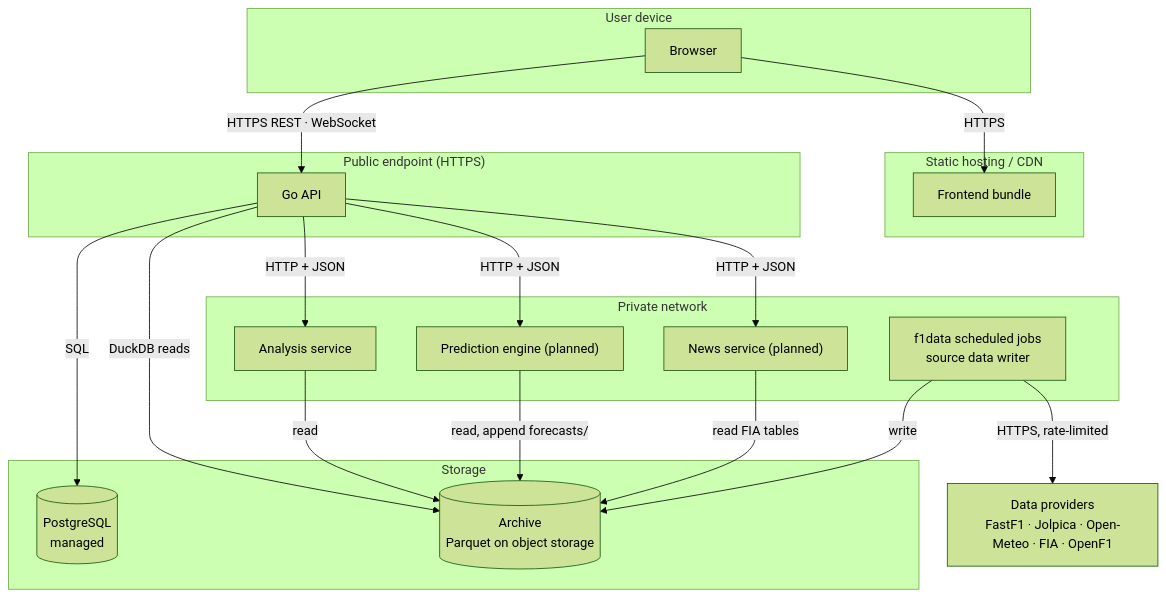
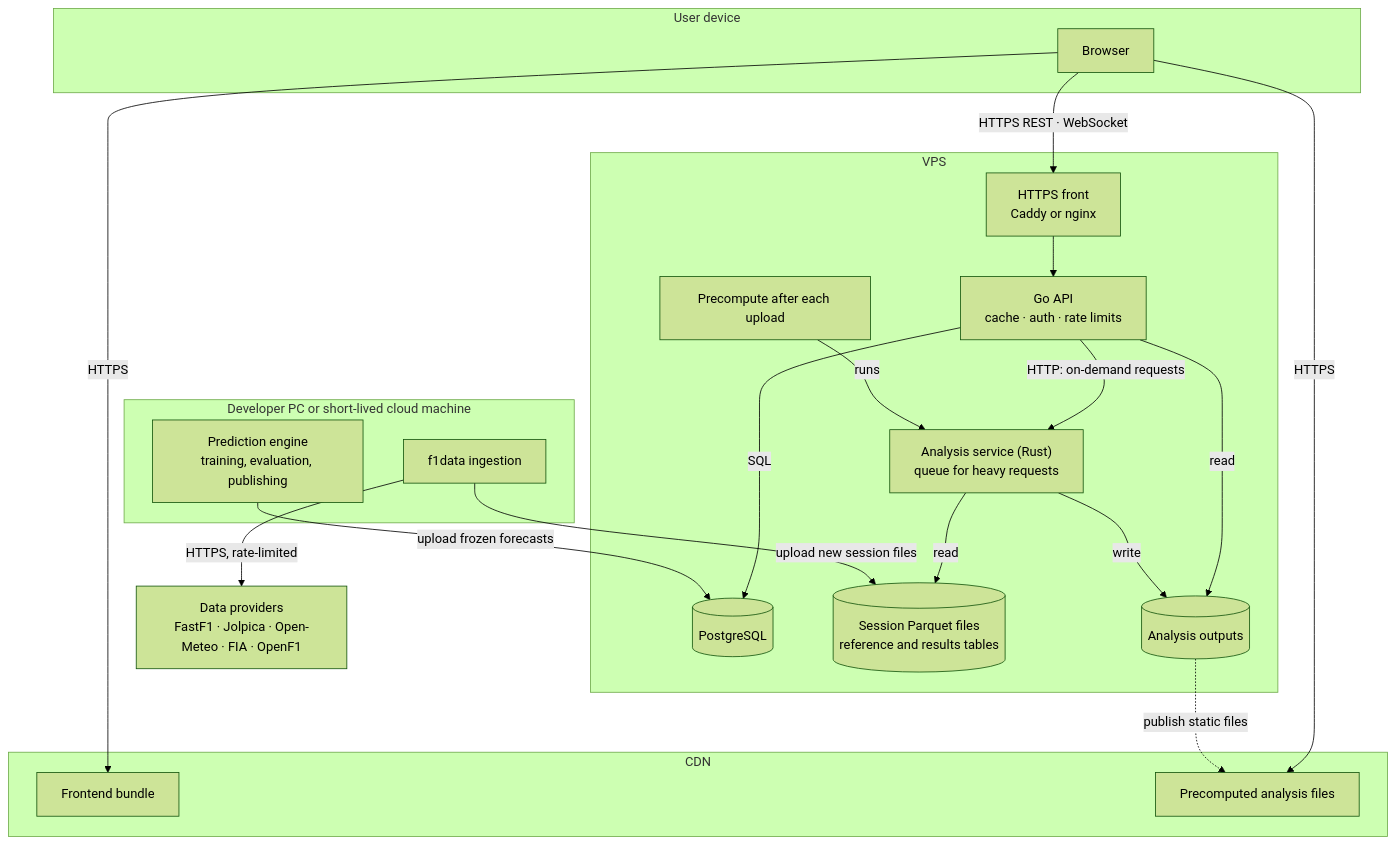
One commit to adityapandeydev/F1Stratagem changed the third of 11 diagrams in Architecture.md. Above: the diagram before and after it, drawn with Mermaid (forest theme). The commit also changed other lines of this file, not shown here.

First line of the commit message:
docs: archive access through the Rust analysis service, precompute plus on demand, single-VPS deployment

````diff
--- a/Architecture.md
+++ b/Architecture.md
@@ -155,41 +185,43 @@
 ```mermaid
 flowchart TB
     subgraph client["User device"]
         browser["Browser"]
     end
 
-    subgraph edge["Static hosting / CDN"]
+    subgraph edge["CDN"]
         spa["Frontend bundle"]
+        static["Precomputed analysis files"]
     end
 
-    subgraph public["Public endpoint (HTTPS)"]
-        api["Go API"]
+    subgraph vps["VPS"]
+        front["HTTPS front<br/>Caddy or nginx"]
+        api["Go API<br/>cache · auth · rate limits"]
+        analysis["Analysis service (Rust)<br/>queue for heavy requests"]
+        pre["Precompute after each upload"]
+        pg[("PostgreSQL")]
+        archive[("Session Parquet files<br/>reference and results tables")]
+        outputs[("Analysis outputs")]
     end
 
-    subgraph private["Private network"]
-        analysis["Analysis service"]
-        predictor["Prediction engine (planned)"]
-        news["News service (planned)"]
-        jobs["f1data scheduled jobs<br/>source data writer"]
-    end
-
-    subgraph storage["Storage"]
-        pg[("PostgreSQL<br/>managed")]
-        archive[("Archive<br/>Parquet on object storage")]
+    subgraph offsite["Developer PC or short-lived cloud machine"]
+        f1d["f1data ingestion"]
+        pred["Prediction engine<br/>training, evaluation, publishing"]
     end
 
     providers["Data providers<br/>FastF1 · Jolpica · Open-Meteo · FIA · OpenF1"]
 
     browser -->|"HTTPS"| spa
-    browser -->|"HTTPS REST · WebSocket"| api
-    api -->|"HTTP + JSON"| analysis
-    api -->|"HTTP + JSON"| predictor
-    api -->|"HTTP + JSON"| news
+    browser -->|"HTTPS"| static
+    browser -->|"HTTPS REST · WebSocket"| front
+    front --> api
     api -->|"SQL"| pg
-    api -->|"DuckDB reads"| archive
+    api -->|"read"| outputs
+    api -->|"HTTP: on-demand requests"| analysis
     analysis -->|"read"| archive
-    predictor -->|"read, append forecasts/"| archive
-    news -->|"read FIA tables"| archive
-    jobs -->|"write"| archive
-    jobs -->|"HTTPS, rate-limited"| providers
+    analysis -->|"write"| outputs
+    pre -->|"runs"| analysis
+    outputs -.->|"publish static files"| static
+    f1d -->|"HTTPS, rate-limited"| providers
+    f1d -->|"upload new session files"| archive
+    pred -->|"upload frozen forecasts"| pg
 ```
````
